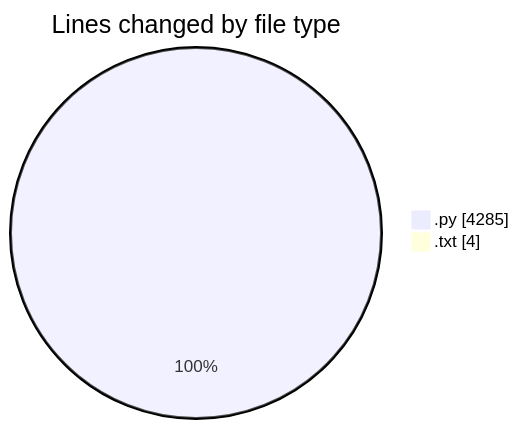
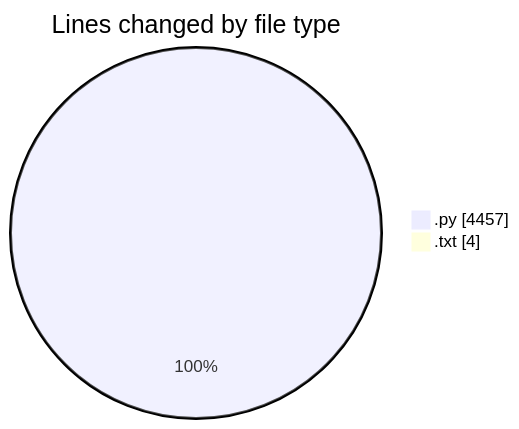
The first of 2 diagrams in 2025-06-01/video_app/README.md (CELIANVF/code-tracking), drawn with Mermaid before and after one commit. The commit also changed other lines of this file and 1 other file, not shown here.

````diff
--- a/2025-06-01/video_app/README.md
+++ b/2025-06-01/video_app/README.md
@@ -28,6 +28,6 @@
 ```mermaid
 pie showData
 title Lines changed by file type
-".py" : 4285
+".py" : 4457
 ".txt" : 4
 ```
````
